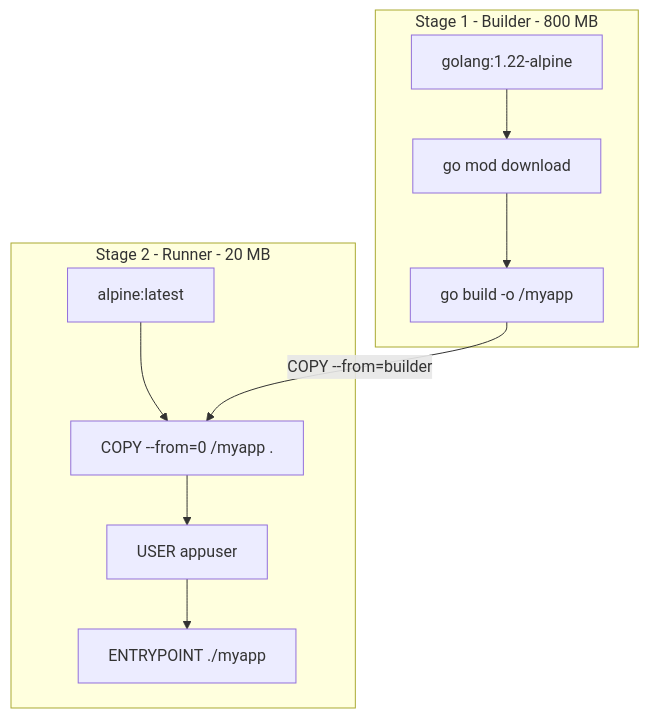
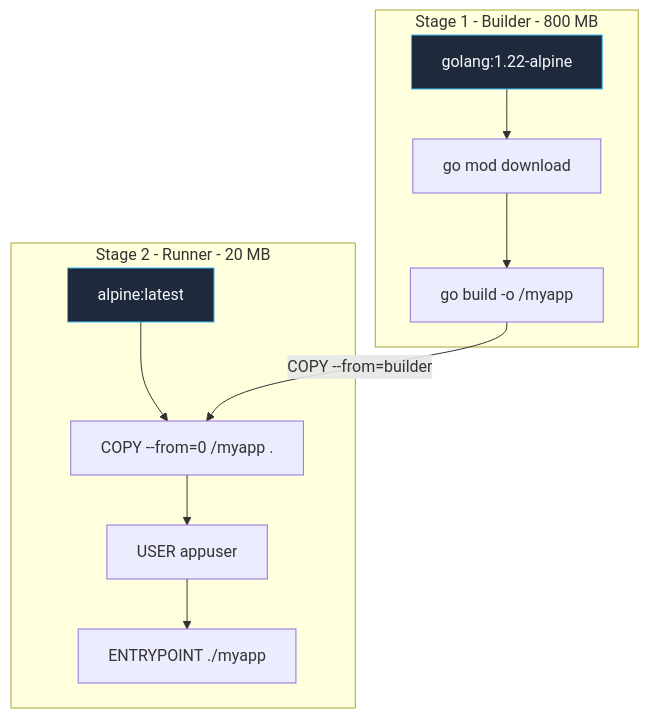
Before and after one commit to UnrealTemplier/go-textbook: the diagram in sources/19. Инфраструктура. Linux, nginx, Docker, Kubernetes/03. Docker/3. Multi stage build.md, drawn with Mermaid. The commit also changed 1666 other files, not shown here.

First line of the commit message:
feat(mermaid): add semantic color classDef to 1369 colorless flowchart/graph diagrams

````diff
--- a/sources/19. Инфраструктура. Linux, nginx, Docker, Kubernetes/03. Docker/3. Multi stage build.md
+++ b/sources/19. Инфраструктура. Linux, nginx, Docker, Kubernetes/03. Docker/3. Multi stage build.md
@@ -19,15 +19,25 @@
 ```mermaid
 flowchart TD
+    classDef process  fill:#1e293b,stroke:#38bdf8,stroke-width:1px,color:#f8fafc
+    classDef success  fill:#064e3b,stroke:#34d399,stroke-width:1px,color:#f8fafc
+    classDef error    fill:#7f1d1d,stroke:#f87171,stroke-width:1px,color:#f8fafc
+    classDef warning  fill:#78350f,stroke:#fbbf24,stroke-width:1px,color:#f8fafc
+    classDef entry    fill:#1e3a5f,stroke:#38bdf8,stroke-width:2px,color:#f8fafc
+    classDef aux      fill:#334155,stroke:#64748b,stroke-width:1px,color:#f8fafc
+    classDef system   fill:#312e81,stroke:#a78bfa,stroke-width:1px,color:#f8fafc
+    classDef data     fill:#132d29,stroke:#2dd4bf,stroke-width:1px,color:#f8fafc
+    classDef network  fill:#881337,stroke:#fb7185,stroke-width:1px,color:#f8fafc
+    classDef accent   fill:#1e1b4b,stroke:#818cf8,stroke-width:1px,color:#f8fafc
     subgraph Stage1["Stage 1 - Builder - 800 MB"]
-        A["golang:1.22-alpine"] --> B["go mod download"]
+        A["golang:1.22-alpine"]:::process --> B["go mod download"]
         B --> C["go build -o /myapp"]
     end
 
     subgraph Stage2["Stage 2 - Runner - 20 MB"]
-        D["alpine:latest"] --> E["COPY --from=0 /myapp ."]
+        D["alpine:latest"]:::process --> E["COPY --from=0 /myapp ."]
         E --> F["USER appuser"]
         F --> G["ENTRYPOINT ./myapp"]
     end
 
     C -->|"COPY --from=builder"| E
 ```
````
